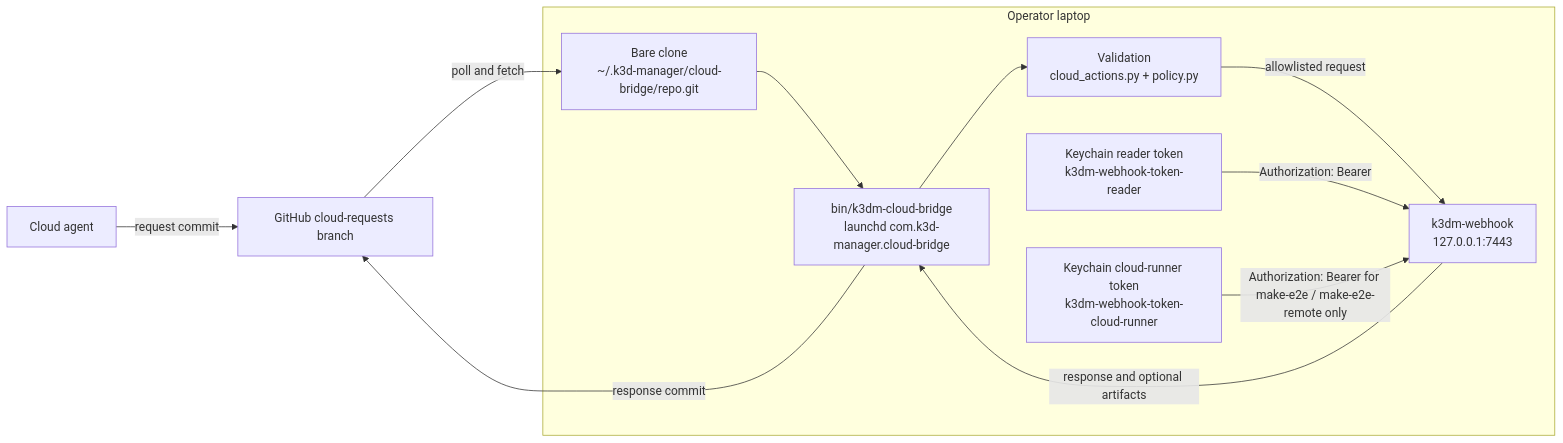
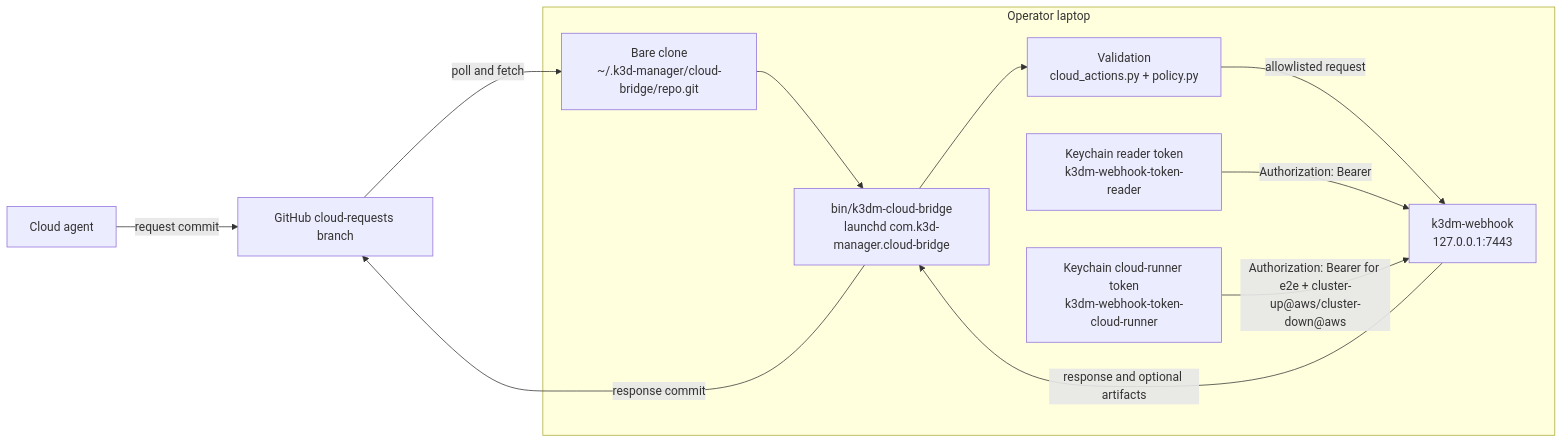
Before and after one commit to wilddog64/k3d-manager: the first of 2 diagrams in docs/architecture/cloud-bridge.md, drawn with Mermaid. The commit also changed other lines of this file and 7 other files, not shown here.

````diff
--- a/docs/architecture/cloud-bridge.md
+++ b/docs/architecture/cloud-bridge.md
@@ -14,22 +14,22 @@
 ```mermaid
 flowchart LR
     Agent["Cloud agent"] -->|"request commit"| Branch["GitHub cloud-requests branch"]
 
     subgraph Mac["Operator laptop"]
         Bridge["bin/k3dm-cloud-bridge<br/>launchd com.k3d-manager.cloud-bridge"]
         Bare["Bare clone<br/>~/.k3d-manager/cloud-bridge/repo.git"]
         Validate["Validation<br/>cloud_actions.py + policy.py"]
         Webhook["k3dm-webhook<br/>127.0.0.1:7443"]
         Reader["Keychain reader token<br/>k3dm-webhook-token-reader"]
         Runner["Keychain cloud-runner token<br/>k3dm-webhook-token-cloud-runner"]
     end
 
     Branch -->|"poll and fetch"| Bare
     Bare --> Bridge
     Bridge --> Validate
     Validate -->|"allowlisted request"| Webhook
     Reader -->|"Authorization: Bearer"| Webhook
-    Runner -->|"Authorization: Bearer for make-e2e / make-e2e-remote only"| Webhook
+    Runner -->|"Authorization: Bearer for e2e + cluster-up@aws/cluster-down@aws"| Webhook
     Webhook -->|"response and optional artifacts"| Bridge
     Bridge -->|"response commit"| Branch
 ```
````
